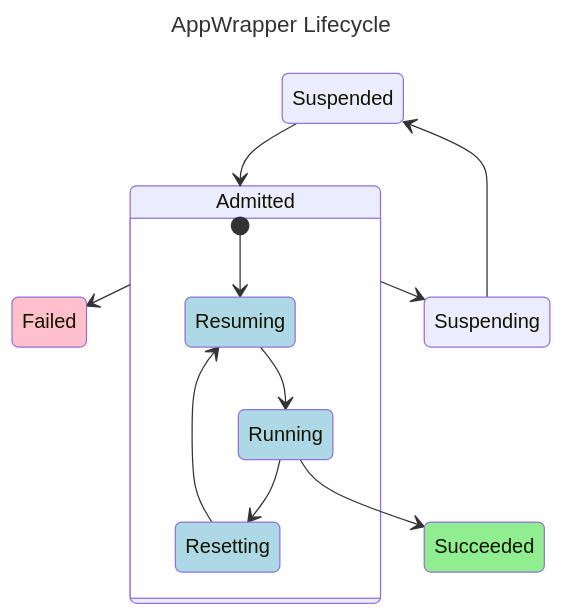
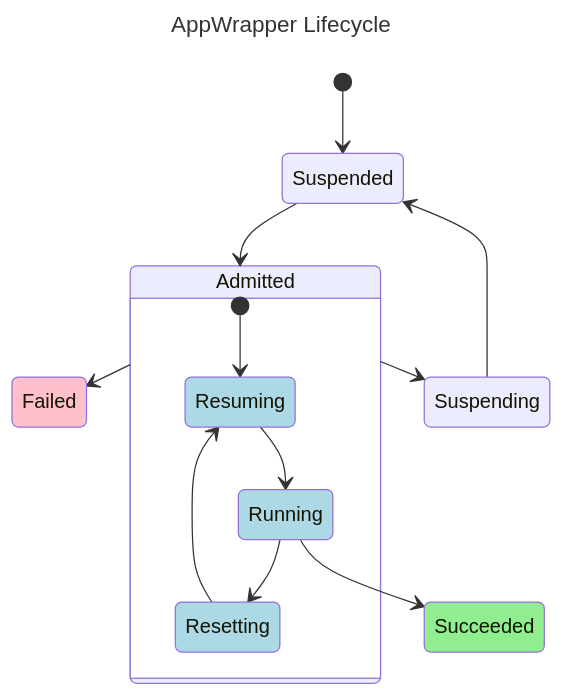
The diagram in CODEFLARE.md (project-codeflare/mlbatch), drawn with Mermaid before and after one commit.

Commit message:
Add initial state to state diagram

````diff
--- a/CODEFLARE.md
+++ b/CODEFLARE.md
@@ -176,39 +176,40 @@
 ```mermaid
 ---
 title: AppWrapper Lifecycle
 ---
 stateDiagram-v2
     f : Failed
     sp : Suspended
     ad : Admitted
     s : Succeeded
     su: Suspending
 
     state ad {
       [*] --> rs
       rs --> rn
       rn --> rt 
       rt --> rs
  
       rs : Resuming
       rn : Running
       rt : Resetting
     }
 
+    [*] --> sp
     sp --> ad
     rn --> s
     ad --> su
     su --> sp
     ad --> f
  
     classDef admitted fill:lightblue
     class rs admitted
     class rn admitted
     class rt admitted
 
     classDef failed fill:pink
     class f failed
 
     classDef succeeded fill:lightgreen
     class s succeeded
 ```
````
